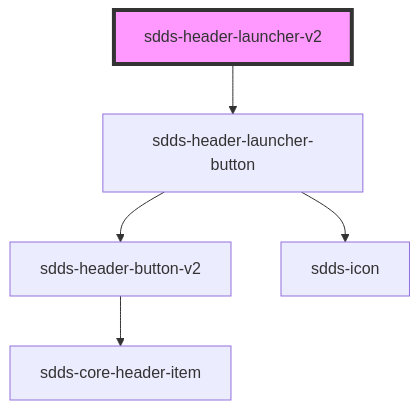
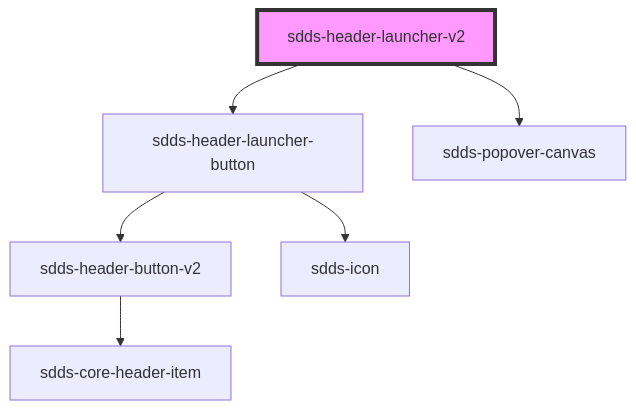
One commit to scania-digital-design-system/sdds changed the diagram in tegel/src/components/header/webcomponent-v2/header-launcher/readme.md. Above: the diagram before and after it, drawn with Mermaid. The commit also changed other lines of this file and 8 other files, not shown here.

Commit message:
feat(header): align header items right now uses popover canvas

````diff
--- a/tegel/src/components/header/webcomponent-v2/header-launcher/readme.md
+++ b/tegel/src/components/header/webcomponent-v2/header-launcher/readme.md
@@ -22,8 +23,9 @@
 ```mermaid
 graph TD;
   sdds-header-launcher-v2 --> sdds-header-launcher-button
+  sdds-header-launcher-v2 --> sdds-popover-canvas
   sdds-header-launcher-button --> sdds-header-button-v2
   sdds-header-launcher-button --> sdds-icon
   sdds-header-button-v2 --> sdds-core-header-item
   style sdds-header-launcher-v2 fill:#f9f,stroke:#333,stroke-width:4px
 ```
````
